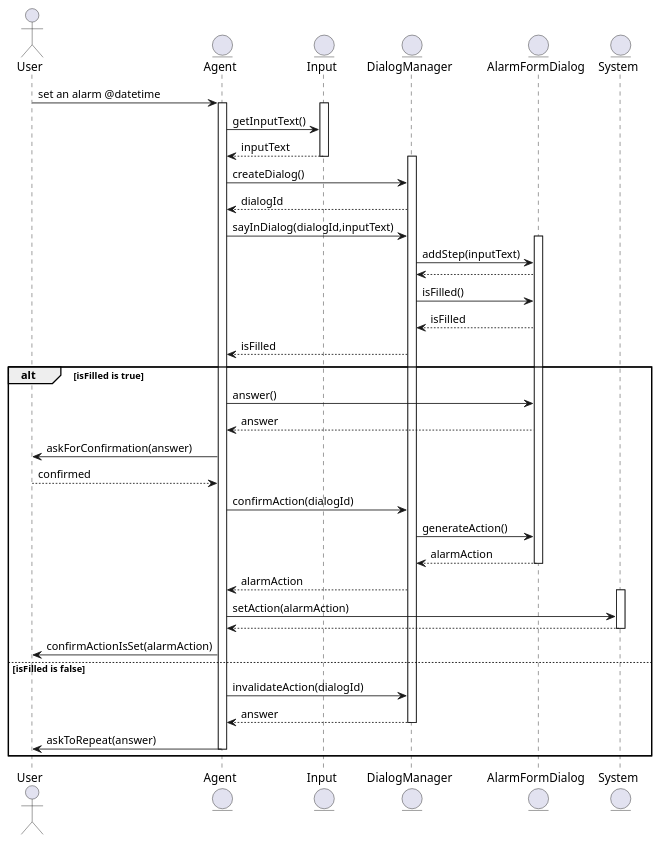
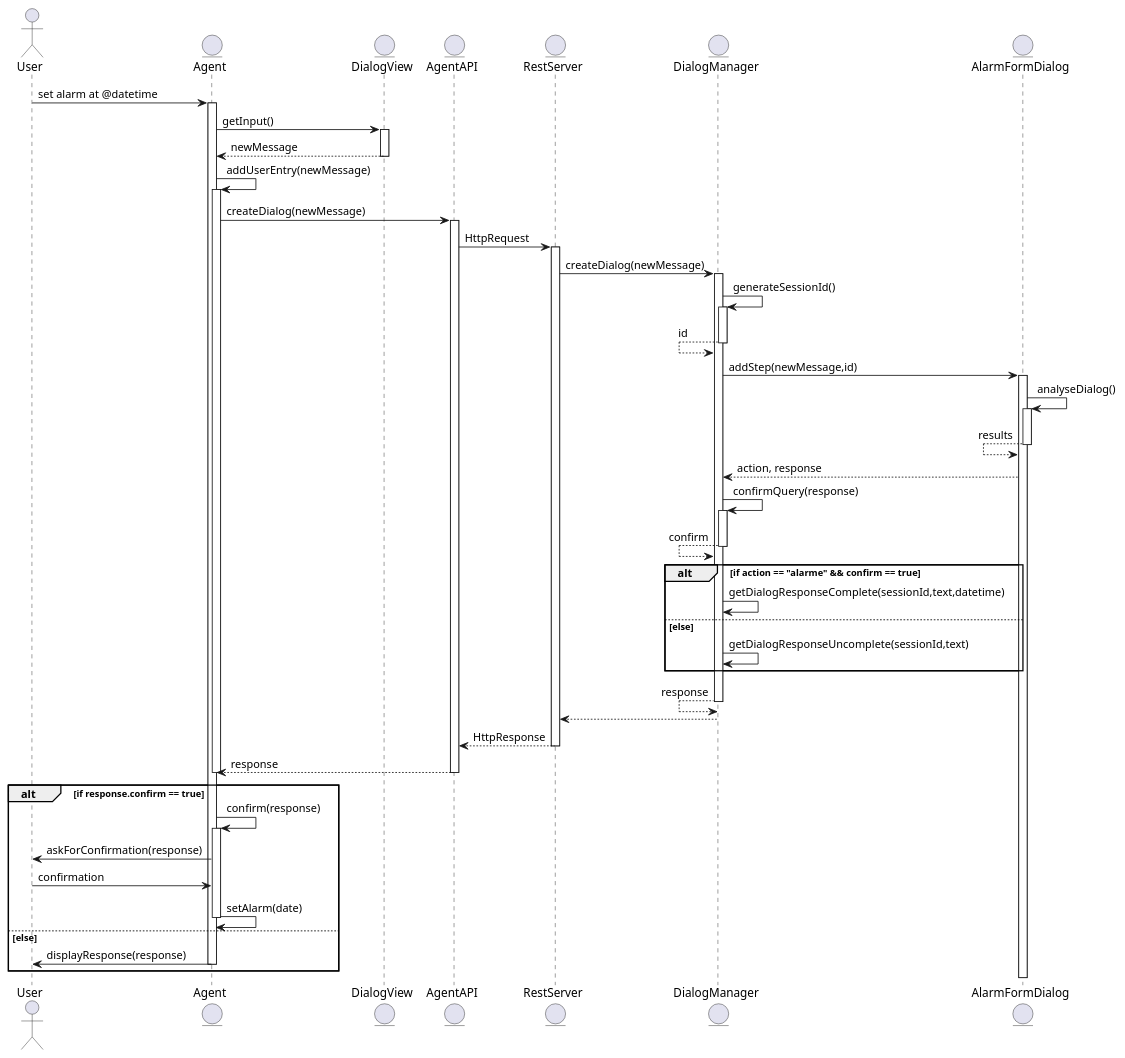
The diagram in conception/source/sequenceDiagram.puml (alexandre-lelain/ihme-agent-assistant), drawn with PlantUML before and after one commit. The commit also changed 10 other files, not shown here.

```diff
--- a/conception/source/sequenceDiagram.puml
+++ b/conception/source/sequenceDiagram.puml
@@ -1,49 +1,65 @@
 @startuml
 actor User
 entity Agent as Assistant
-entity Input
-entity DialogManager
+entity DialogView as Dialog
+entity AgentAPI
+entity RestServer as server
+entity DialogManager as dm
 entity AlarmFormDialog as NLU
-entity System
 
-User -> Assistant : set an alarm @datetime
+User -> Assistant : set alarm at @datetime
 activate Assistant
-activate Input
-Assistant -> Input : getInputText()
-Assistant <-- Input : inputText
-deactivate Input
-activate DialogManager
-Assistant -> DialogManager : createDialog()
-Assistant <-- DialogManager : dialogId
-Assistant -> DialogManager : sayInDialog(dialogId,inputText)
+Assistant -> Dialog : getInput()
+activate Dialog
+Assistant <-- Dialog : newMessage
+deactivate Dialog
+Assistant -> Assistant: addUserEntry(newMessage)
+activate Assistant
+Assistant -> AgentAPI : createDialog(newMessage)
+activate AgentAPI
+AgentAPI -> server : HttpRequest
+activate server
+server -> dm : createDialog(newMessage)
+activate dm
+dm -> dm : generateSessionId()
+activate dm
+dm <-- dm : id
+deactivate dm
+dm -> NLU : addStep(newMessage,id)
 activate NLU
-DialogManager -> NLU : addStep(inputText)
-DialogManager <-- NLU
-DialogManager -> NLU : isFilled()
-DialogManager <-- NLU : isFilled
-Assistant <-- DialogManager : isFilled
-alt isFilled is true
-Assistant -> NLU : answer()
-Assistant <-- NLU : answer
-User <- Assistant : askForConfirmation(answer)
-User --> Assistant : confirmed
-Assistant -> DialogManager : confirmAction(dialogId)
-DialogManager -> NLU : generateAction()
-DialogManager <-- NLU : alarmAction
+NLU -> NLU : analyseDialog()
+activate NLU
+NLU <-- NLU : results
 deactivate NLU
-Assistant <-- DialogManager : alarmAction
-activate System
-Assistant -> System  : setAction(alarmAction)
-Assistant <-- System
-deactivate System
-User <- Assistant : confirmActionIsSet(alarmAction)
-else isFilled is false
-Assistant -> DialogManager : invalidateAction(dialogId)
-Assistant <-- DialogManager : answer
-deactivate DialogManager
-User <- Assistant : askToRepeat(answer)
+dm <-- NLU : action, response
+dm -> dm : confirmQuery(response)
+activate dm
+dm <-- dm : confirm
+deactivate dm
+alt if action == "alarme" && confirm == true
+dm -> dm : getDialogResponseComplete(sessionId,text,datetime)
+else else
+dm -> dm : getDialogResponseUncomplete(sessionId,text)
+end
+activate dm
+dm <-- dm : response
+deactivate dm
+server <-- dm
+deactivate dm
+AgentAPI <-- server : HttpResponse
+deactivate server
+Assistant <-- AgentAPI : response
+deactivate AgentAPI
+deactivate Assistant
+alt if response.confirm == true
+Assistant -> Assistant : confirm(response)
+activate Assistant
+Assistant -> User : askForConfirmation(response)
+User -> Assistant : confirmation
+Assistant -> Assistant : setAlarm(date)
+deactivate Assistant
+else else
+Assistant -> User : displayResponse(response)
 deactivate Assistant
 end
-
-
 @enduml
```
